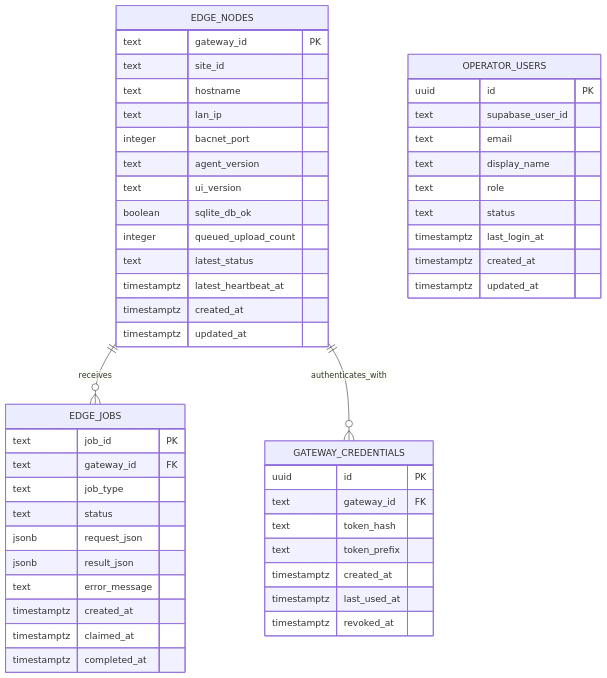
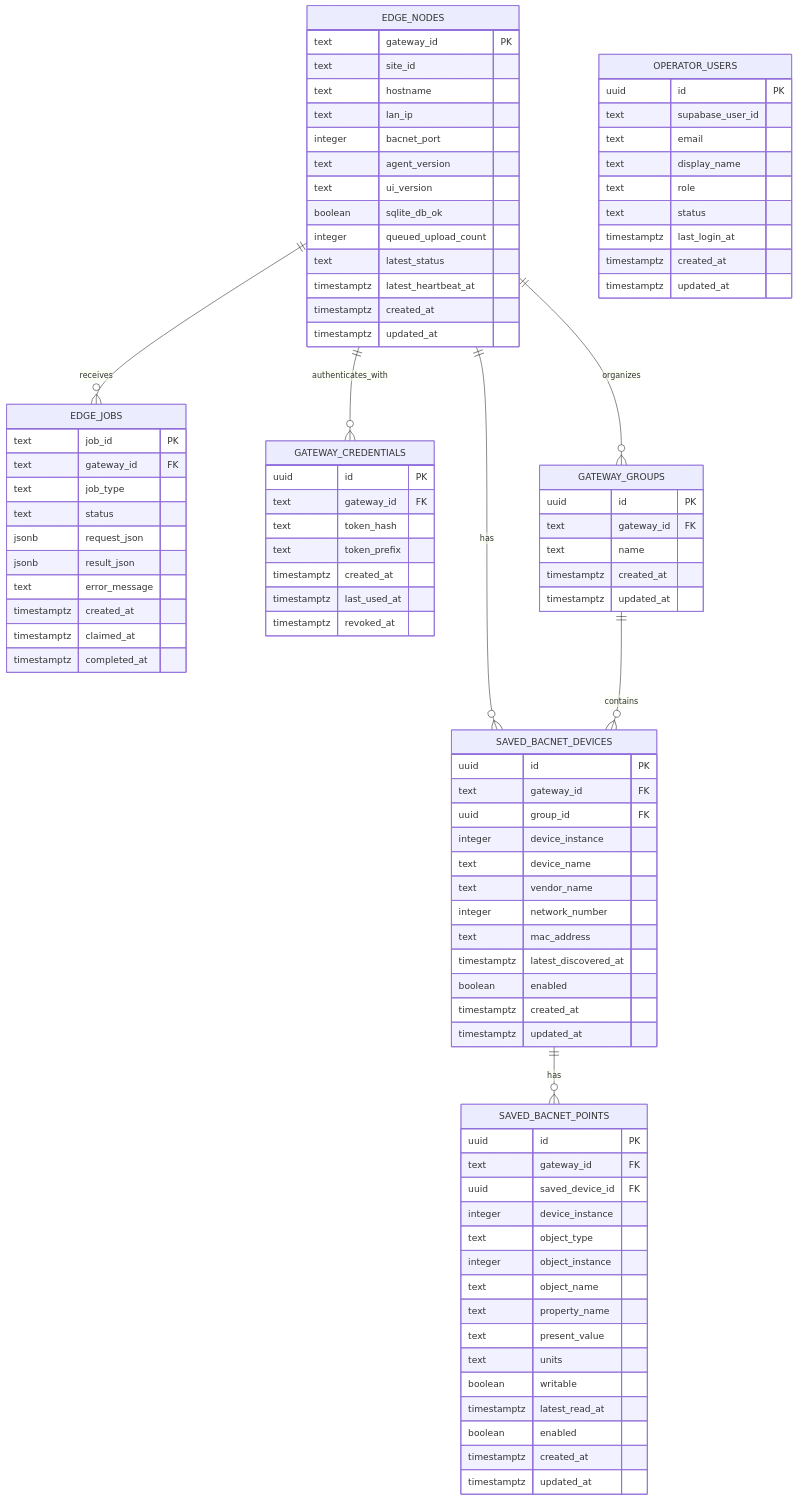
The first of 2 diagrams in docs/ERD.md (ssmithiot/iot-cloud-commissioning), drawn with Mermaid before and after one commit. The commit also changed other lines of this file and 10 other files, not shown here.

````diff
--- a/docs/ERD.md
+++ b/docs/ERD.md
@@ -52,6 +55,10 @@
 erDiagram
     EDGE_NODES ||--o{ EDGE_JOBS : receives
     EDGE_NODES ||--o{ GATEWAY_CREDENTIALS : authenticates_with
+    EDGE_NODES ||--o{ GATEWAY_GROUPS : organizes
+    EDGE_NODES ||--o{ SAVED_BACNET_DEVICES : has
+    GATEWAY_GROUPS ||--o{ SAVED_BACNET_DEVICES : contains
+    SAVED_BACNET_DEVICES ||--o{ SAVED_BACNET_POINTS : has
 
     EDGE_NODES {
         text gateway_id PK
@@ -103,4 +110,45 @@
         timestamptz created_at
         timestamptz updated_at
     }
+
+    GATEWAY_GROUPS {
+        uuid id PK
+        text gateway_id FK
+        text name
+        timestamptz created_at
+        timestamptz updated_at
+    }
+
+    SAVED_BACNET_DEVICES {
+        uuid id PK
+        text gateway_id FK
+        uuid group_id FK
+        integer device_instance
+        text device_name
+        text vendor_name
+        integer network_number
+        text mac_address
+        timestamptz latest_discovered_at
+        boolean enabled
+        timestamptz created_at
+        timestamptz updated_at
+    }
+
+    SAVED_BACNET_POINTS {
+        uuid id PK
+        text gateway_id FK
+        uuid saved_device_id FK
+        integer device_instance
+        text object_type
+        integer object_instance
+        text object_name
+        text property_name
+        text present_value
+        text units
+        boolean writable
+        timestamptz latest_read_at
+        boolean enabled
+        timestamptz created_at
+        timestamptz updated_at
+    }
 ```
````
